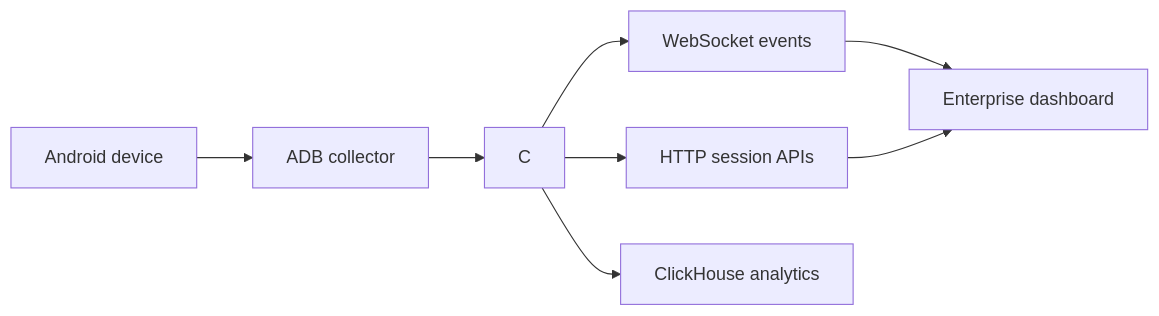
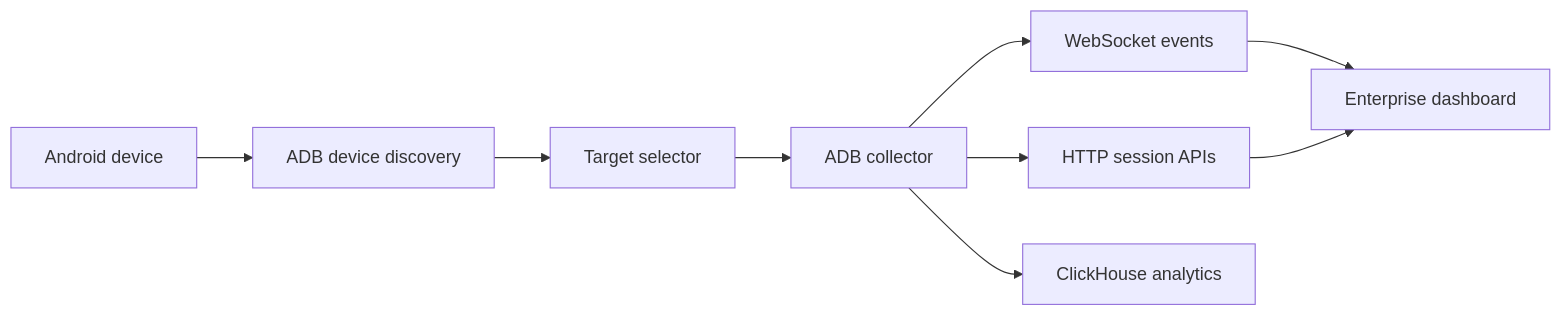
Before and after one commit to hfcypm/monorepo-FPS: the diagram in .monkeycode/specs/android-performance-observability/design.md, drawn with Mermaid. The commit also changed other lines of this file and 6 other files, not shown here.

````diff
--- a/.monkeycode/specs/android-performance-observability/design.md
+++ b/.monkeycode/specs/android-performance-observability/design.md
@@ -12,10 +12,11 @@
 ```mermaid
 flowchart LR
-  A["Android device"] --> B["ADB collector"]
-  B --> C
+  A["Android device"] --> B["ADB device discovery"]
+  B --> I["Target selector"]
+  I --> C["ADB collector"]
   C --> D["WebSocket events"]
   C --> E["HTTP session APIs"]
   C --> H["ClickHouse analytics"]
   D --> F["Enterprise dashboard"]
   E --> F
 ```
````
